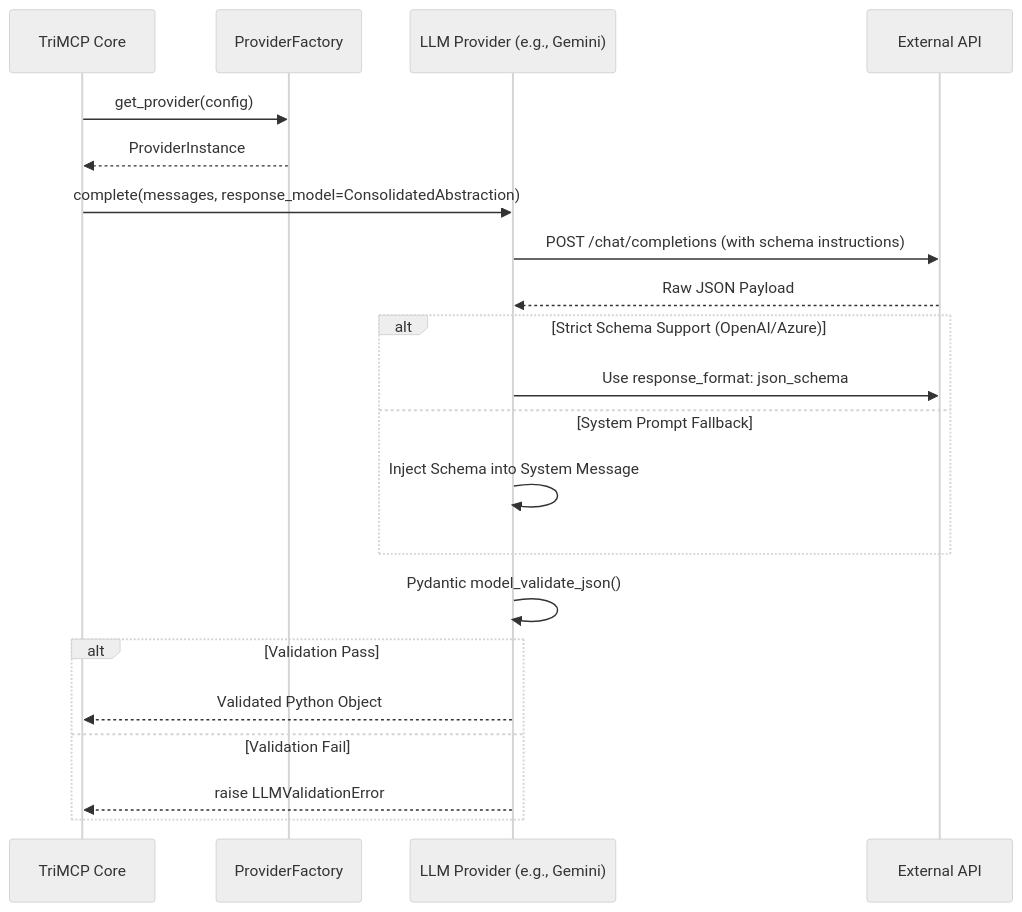
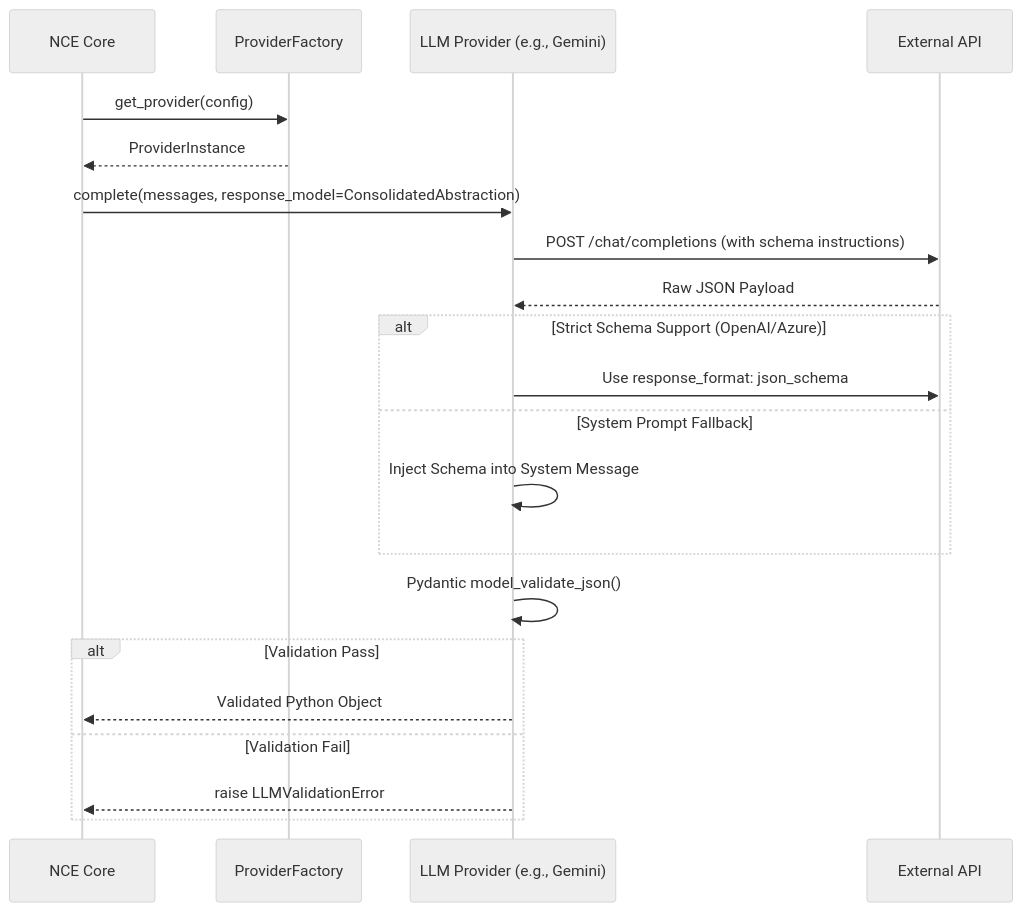
Before and after one commit to sindrehaugen/TriMCP: the diagram in docs/llm_providers.md, drawn with Mermaid (neutral theme). The commit also changed other lines of this file and 498 other files, not shown here.

First line of the commit message:
Rebrand TriMCP → NCE (Neuro-Cognitive Engine) Phase 1

````diff
--- a/docs/llm_providers.md
+++ b/docs/llm_providers.md
@@ -25,27 +25,27 @@
 ```mermaid
 sequenceDiagram
-    participant Engine as TriMCP Core
+    participant Engine as NCE Core
     participant Factory as ProviderFactory
     participant Provider as LLM Provider (e.g., Gemini)
     participant LLM as External API
 
     Engine->>Factory: get_provider(config)
     Factory-->>Engine: ProviderInstance
     Engine->>Provider: complete(messages, response_model=ConsolidatedAbstraction)
     Provider->>LLM: POST /chat/completions (with schema instructions)
     LLM-->>Provider: Raw JSON Payload
     
     alt Strict Schema Support (OpenAI/Azure)
         Provider->>LLM: Use response_format: json_schema
     else System Prompt Fallback
         Provider->>Provider: Inject Schema into System Message
     end
 
     Provider->>Provider: Pydantic model_validate_json()
     
     alt Validation Pass
         Provider-->>Engine: Validated Python Object
     else Validation Fail
         Provider-->>Engine: raise LLMValidationError
     end
 ```
````
